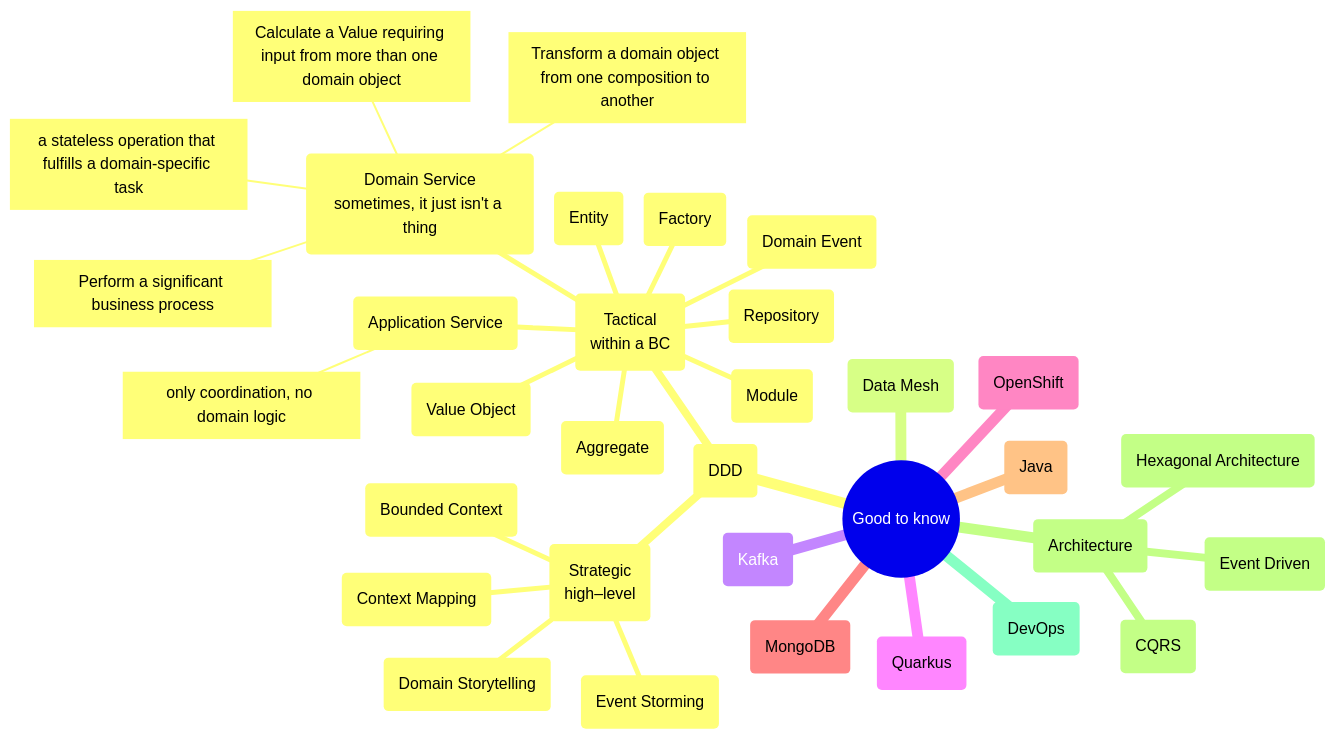
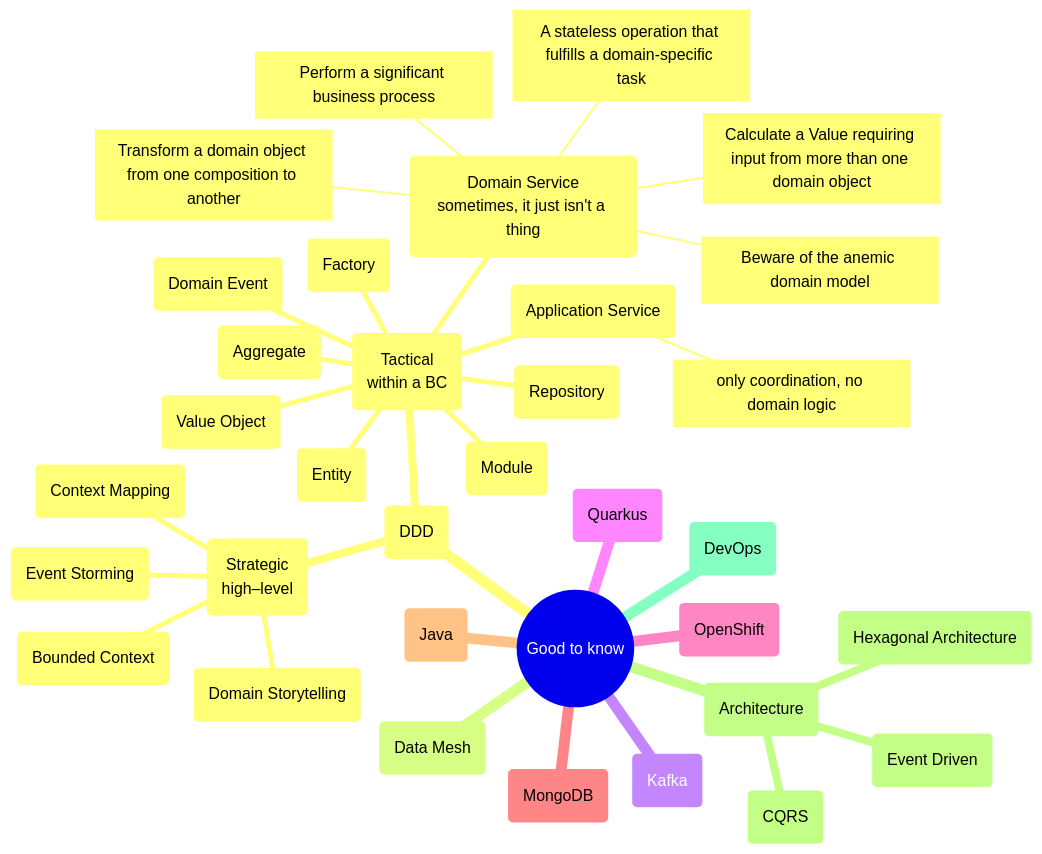
One commit to mhaspra/mindmaps changed the diagram in README.md. Above: the diagram before and after it, drawn with Mermaid.

````diff
--- a/README.md
+++ b/README.md
@@ -2,36 +2,37 @@
 ```mermaid
  mindmap
   root((Good to know))
    (DDD)
     (Strategic<br>high–level)
      (Domain Storytelling)
      (Event Storming)
      (Context Mapping)
      (Bounded Context)
     (Tactical<br>within a BC)
      (Value Object)
      (Entity)
      (Aggregate)
      (Domain Service<br>sometimes, it just isn't a thing)
-      [a stateless operation that fulfills a domain-specific task]
+      [A stateless operation that fulfills a domain-specific task]
       [Perform a significant business process]
       [Transform a domain object from one composition to another]
       [Calculate a Value requiring input from more than one domain object]
+      [Beware of the anemic domain model]
      (Domain Event)
      (Factory)
      (Repository)
      (Module)
      (Application Service)
       [only coordination, no domain logic]
    (Data Mesh)
    (Kafka)
    (Quarkus)
    (OpenShift)
    (MongoDB)
    (Java)
    (Architecture)
     (Hexagonal Architecture)
     (CQRS)
     (Event Driven)
    (DevOps)
 ```
````
